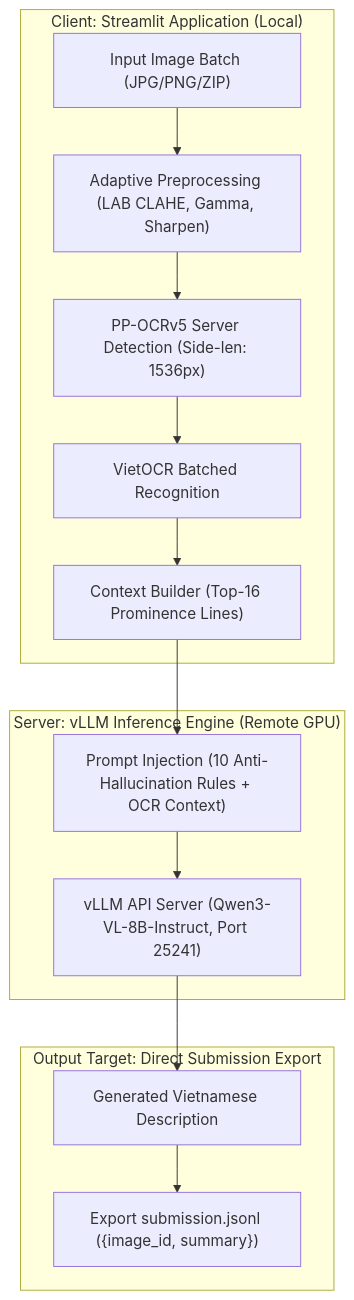
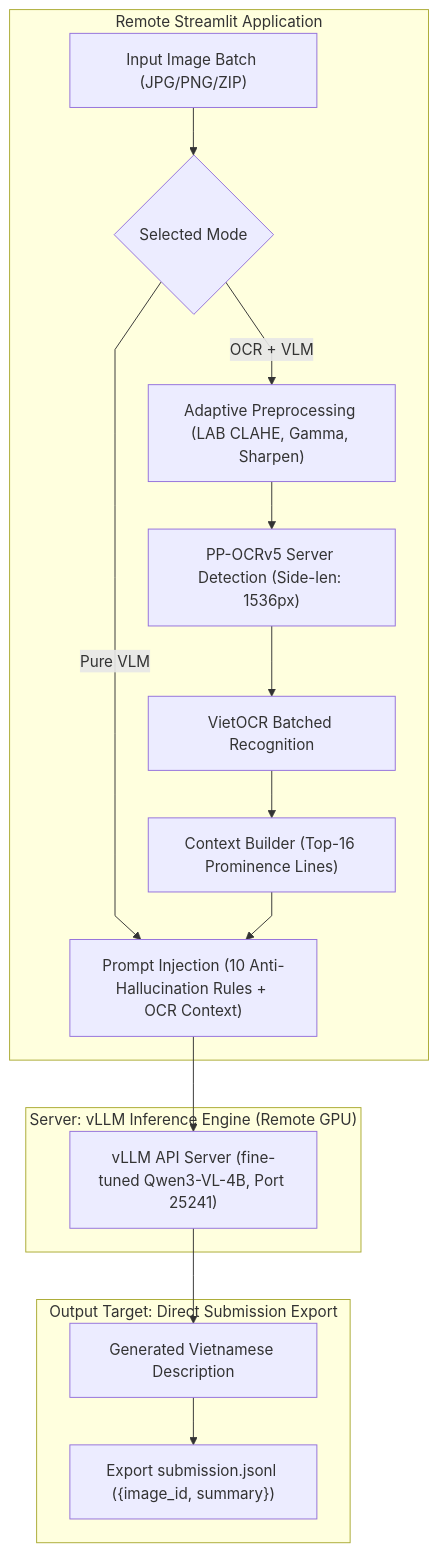
One commit to ToniZ-0709/OCR-Hackathon changed the diagram in README.md. Above: the diagram before and after it, drawn with Mermaid. The commit also changed other lines of this file and 78 other files, not shown here.

````diff
--- a/README.md
+++ b/README.md
@@ -33,20 +38,22 @@
 ```mermaid
 %%{init: {'flowchart': {'curve': 'linear'}}}%%
 flowchart TD
-    subgraph ClientStage ["Client: Streamlit Application (Local)"]
-        A["Input Image Batch (JPG/PNG/ZIP)"] --> B["Adaptive Preprocessing (LAB CLAHE, Gamma, Sharpen)"]
+    subgraph ClientStage ["Remote Streamlit Application"]
+        A["Input Image Batch (JPG/PNG/ZIP)"] --> M{"Selected Mode"}
+        M -->|"OCR + VLM"| B["Adaptive Preprocessing (LAB CLAHE, Gamma, Sharpen)"]
         B --> C["PP-OCRv5 Server Detection (Side-len: 1536px)"]
         C --> D["VietOCR Batched Recognition"]
         D --> E["Context Builder (Top-16 Prominence Lines)"]
+        M -->|"Pure VLM"| F
     end
 
     subgraph ServerStage ["Server: vLLM Inference Engine (Remote GPU)"]
         E --> F["Prompt Injection (10 Anti-Hallucination Rules + OCR Context)"]
-        F --> G["vLLM API Server (Qwen3-VL-8B-Instruct, Port 25241)"]
+        F --> G["vLLM API Server (fine-tuned Qwen3-VL-4B, Port 25241)"]
     end
 
     subgraph OutputStage ["Output Target: Direct Submission Export"]
         G --> H["Generated Vietnamese Description"]
         H --> I["Export submission.jsonl ({image_id, summary})"]
     end
 ```
````
